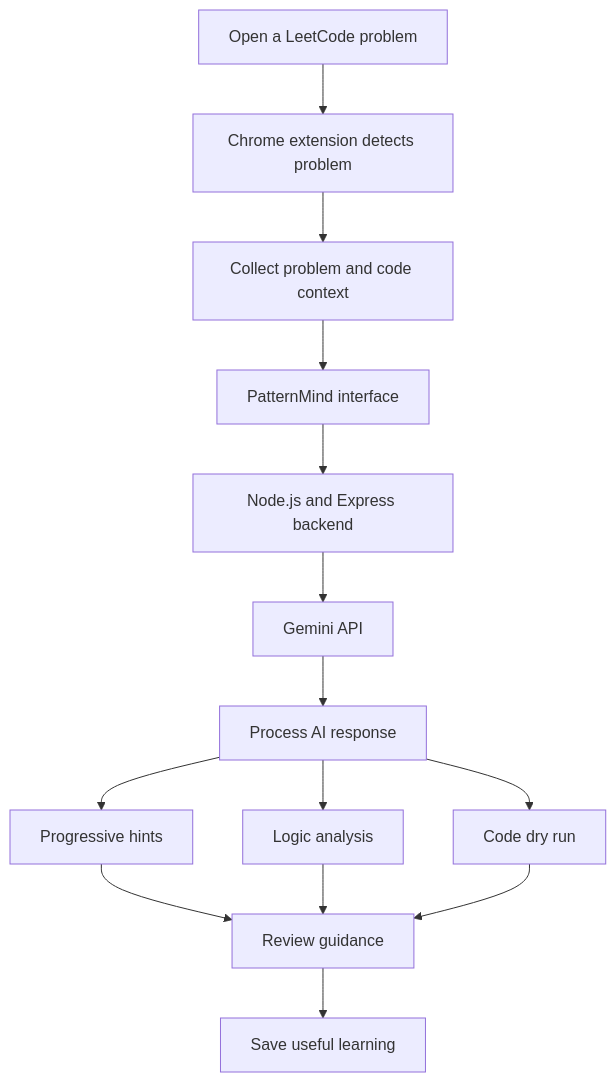
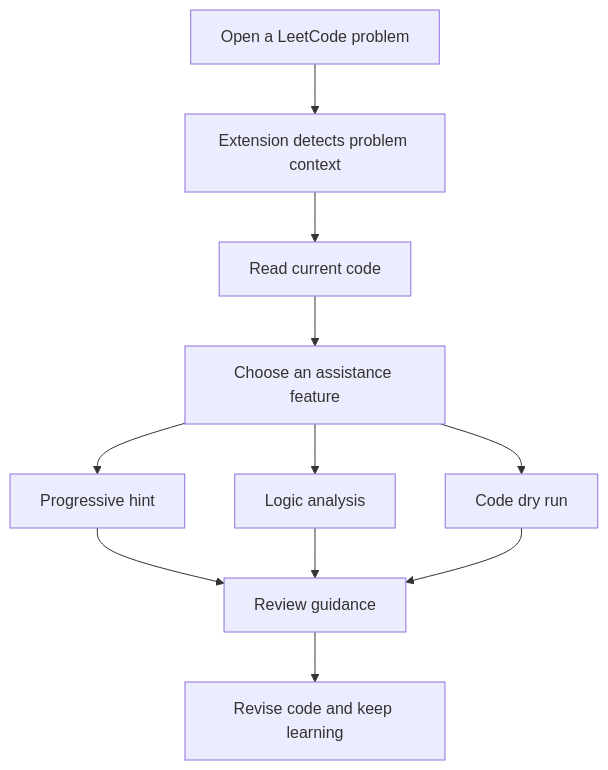
Before and after one commit to kritika12-source/PatternMind-Ai: the first of 2 diagrams in README.md, drawn with Mermaid. The commit also changed other lines of this file and 7 other files, not shown here.

Commit message:
Polish PatternMind AI documentation and screenshots

````diff
--- a/README.md
+++ b/README.md
@@ -84,16 +91,13 @@
 ```mermaid
 flowchart TD
-    A[Open a LeetCode problem] --> B[Chrome extension detects problem]
-    B --> C[Collect problem and code context]
-    C --> D[PatternMind interface]
-    D --> E[Node.js and Express backend]
-    E --> F[Gemini API]
-    F --> G[Process AI response]
-    G --> H[Progressive hints]
-    G --> I[Logic analysis]
-    G --> J[Code dry run]
-    H --> K[Review guidance]
-    I --> K
-    J --> K
-    K --> L[Save useful learning]
+    A["Open a LeetCode problem"] --> B["Extension detects problem context"]
+    B --> C["Read current code"]
+    C --> D["Choose an assistance feature"]
+    D --> E["Progressive hint"]
+    D --> F["Logic analysis"]
+    D --> G["Code dry run"]
+    E --> H["Review guidance"]
+    F --> H
+    G --> H
+    H --> I["Revise code and keep learning"]
 ```
````
